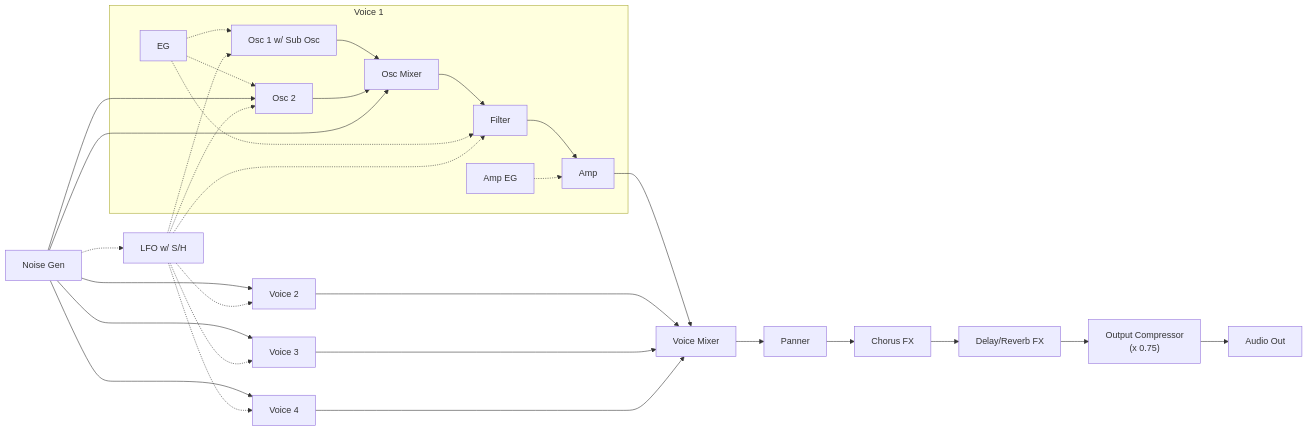
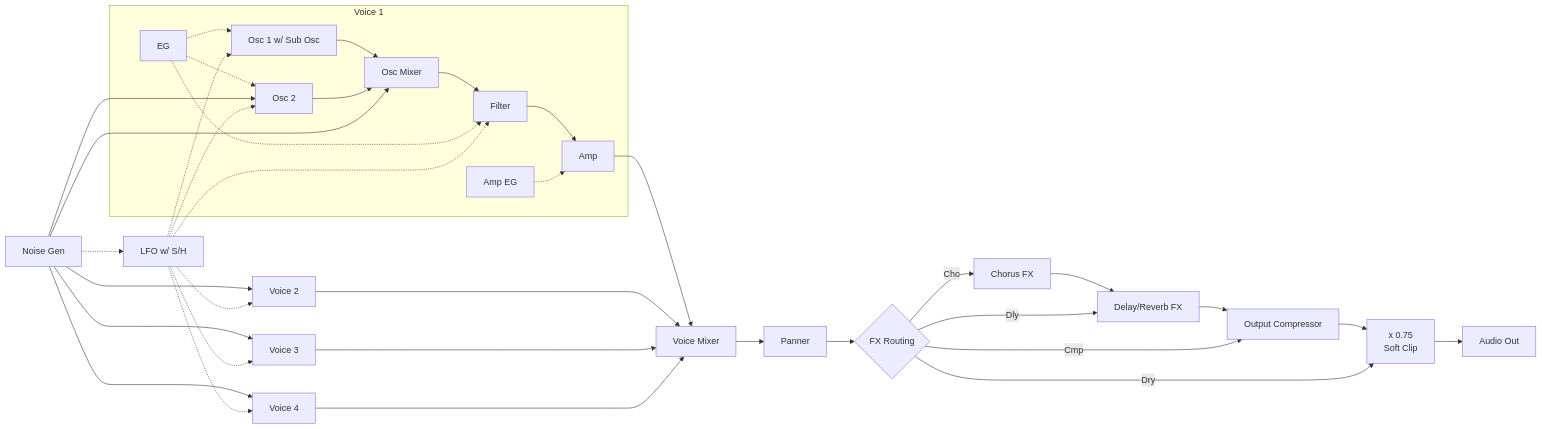
The first of 3 diagrams in README.md (risgk/digital-synth-pra32-u2), drawn with Mermaid before and after one commit.

Commit message:
Add FX Routing to the block diagram in README.md

````diff
--- a/README.md
+++ b/README.md
@@ -44,17 +44,21 @@
 ```mermaid
 graph LR
     subgraph V1[Voice 1]
         V1O1[Osc 1 w/ Sub Osc] --> V1OM[Osc Mixer]
         V1O2[Osc 2] --> V1OM
         V1OM --> V1F[Filter]
         V1F --> V1A[Amp]
         E[EG] -.-> V1O1 & V1O2 & V1F
         V1AE[Amp EG] -.-> V1A
     end
     V1A --> VM[Voice Mixer]
     V2[Voice 2] & V3[Voice 3] & V4[Voice 4] --> VM
-    VM --> P[Panner] --> C[Chorus FX] --> D[Delay/Reverb FX] --> OC["Output Compressor<br/>(x 0.75)"] --> AO[Audio Out]
+    VM --> P[Panner] --> FR{FX Routing}
+    FR -->|Cho| C[Chorus FX] --> D[Delay/Reverb FX] --> OC[Output Compressor] --> OG["x 0.75<br/>Soft Clip"] --> AO[Audio Out]
+    FR -->|Dly| D
+    FR -->|Cmp| OC
+    FR -->|Dry| OG
     N[Noise Gen]  --> V1O2 & V1OM & V2 & V3 & V4
     N -.-> L[LFO w/ S/H]
     L -.-> V1O1 & V1O2 & V1F & V2 & V3 & V4
 ```
````
